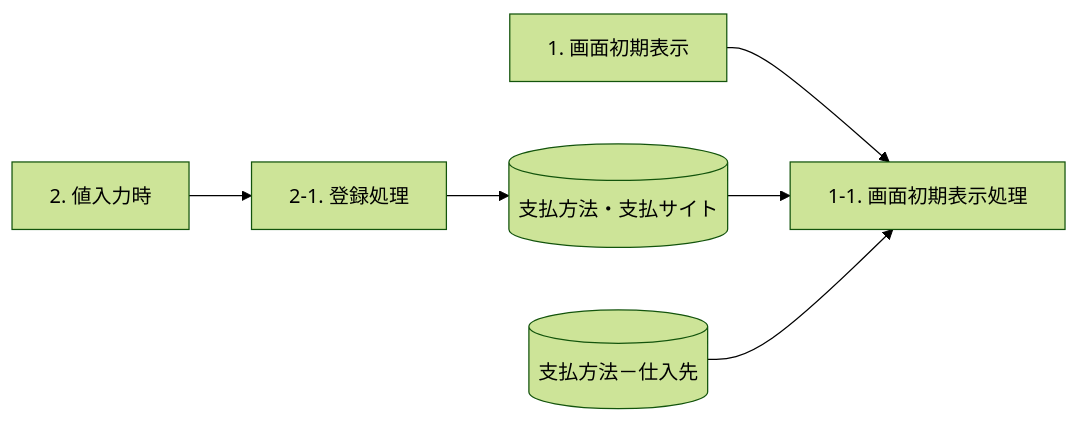
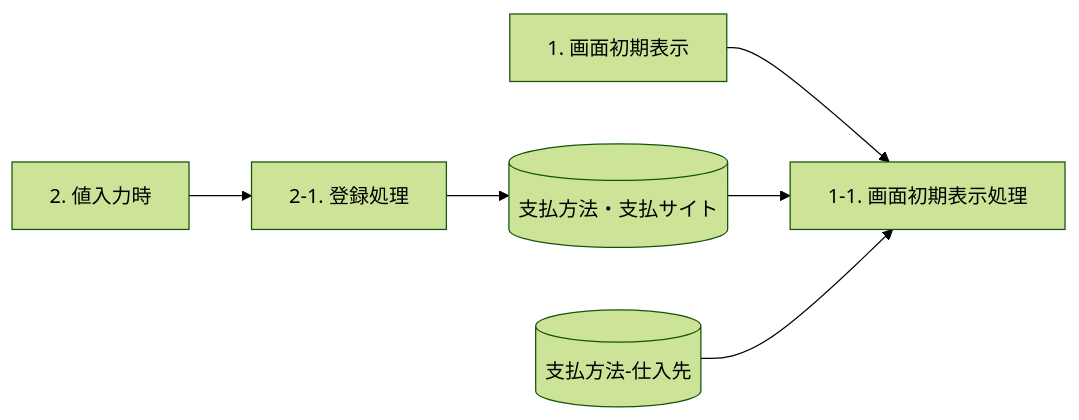
One commit to tujinrong/temp changed the first of 3 diagrams in output/FO-006_詳細設計書_支払方法・支払サイトマスタ画面.md. Above: the diagram before and after it, drawn with Mermaid (forest theme). The commit also changed other lines of this file and 5 other files, not shown here.

````diff
--- a/output/FO-006_詳細設計書_支払方法・支払サイトマスタ画面.md
+++ b/output/FO-006_詳細設計書_支払方法・支払サイトマスタ画面.md
@@ -96,8 +73,8 @@
 ```mermaid
 flowchart LR
     E1["1#46; 画面初期表示"] --> P1["1-1. 画面初期表示処理"]
     DB1[("支払方法・支払サイト")] --> P1
-    DB2[("支払方法－仕入先")] --> P1
+    DB2[("支払方法-仕入先")] --> P1
     E2["2#46; 値入力時"] --> P2["2-1. 登録処理"]
     P2 --> DB1
 ```
````
